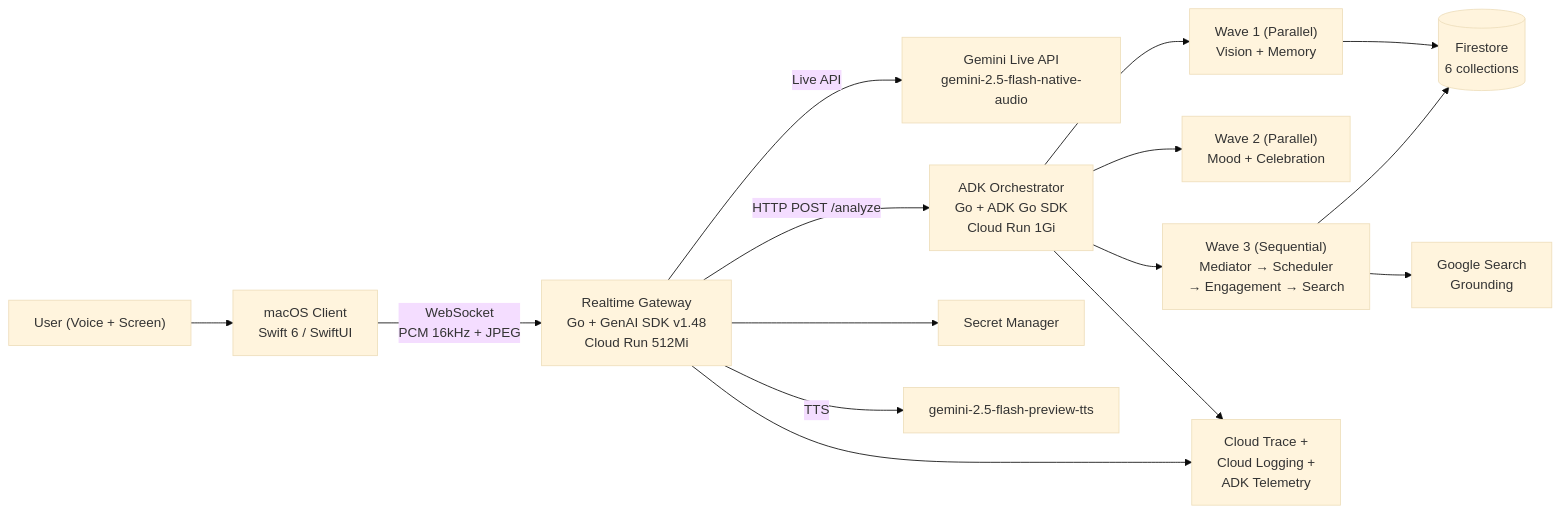
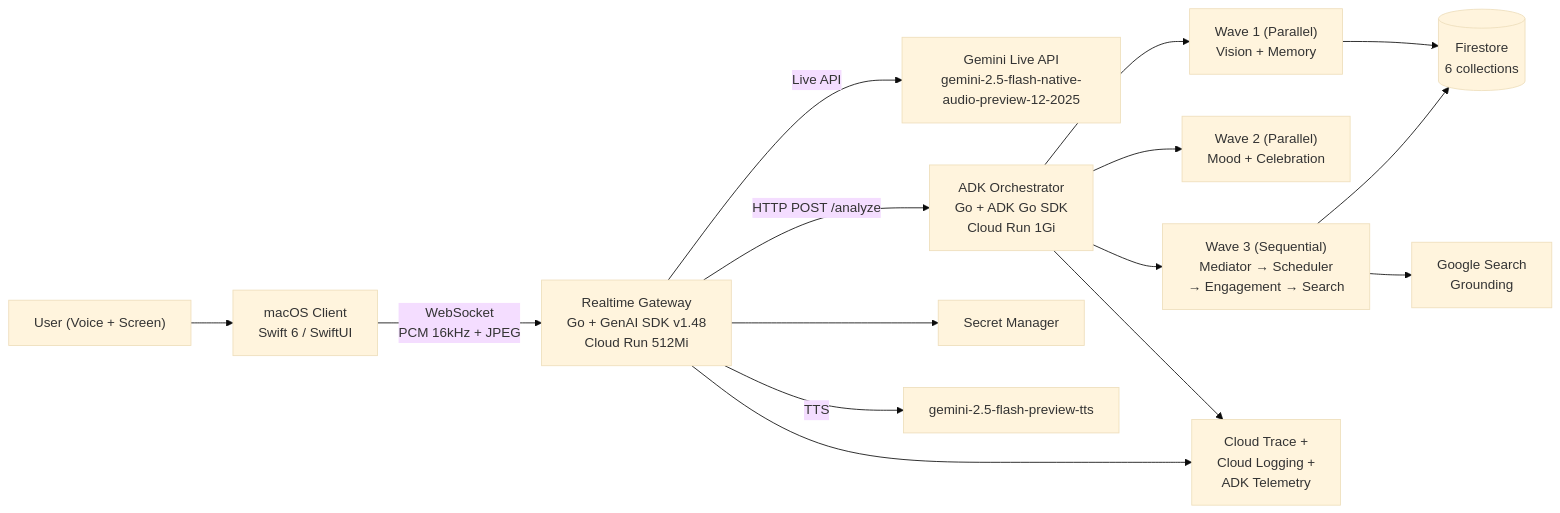
The diagram in README.md (Two-Weeks-Team/vibeCat), drawn with Mermaid (base theme) before and after one commit. The commit also changed other lines of this file and 11 other files, not shown here.

````diff
--- a/README.md
+++ b/README.md
@@ -48,15 +50,15 @@
 ```mermaid
 flowchart LR
     U["User (Voice + Screen)"] --> C[macOS Client<br/>Swift 6 / SwiftUI]
     C -->|WebSocket<br/>PCM 16kHz + JPEG| RG[Realtime Gateway<br/>Go + GenAI SDK v1.48<br/>Cloud Run 512Mi]
-    RG -->|Live API| GL["Gemini Live API<br/>gemini-2.5-flash-native-audio"]
+    RG -->|Live API| GL["Gemini Live API<br/>gemini-2.5-flash-native-audio-preview-12-2025"]
     RG -->|HTTP POST /analyze| AO["ADK Orchestrator<br/>Go + ADK Go SDK<br/>Cloud Run 1Gi"]
     AO --> W1["Wave 1 (Parallel)<br/>Vision + Memory"]
     AO --> W2["Wave 2 (Parallel)<br/>Mood + Celebration"]
     AO --> W3["Wave 3 (Sequential)<br/>Mediator → Scheduler<br/>→ Engagement → Search"]
     W1 & W3 --> FS[(Firestore<br/>6 collections)]
     W3 --> GS[Google Search<br/>Grounding]
     RG --> SM[Secret Manager]
     RG -->|TTS| TTS["gemini-2.5-flash-preview-tts"]
     RG & AO --> OBS[Cloud Trace +<br/>Cloud Logging +<br/>ADK Telemetry]
 ```
````
